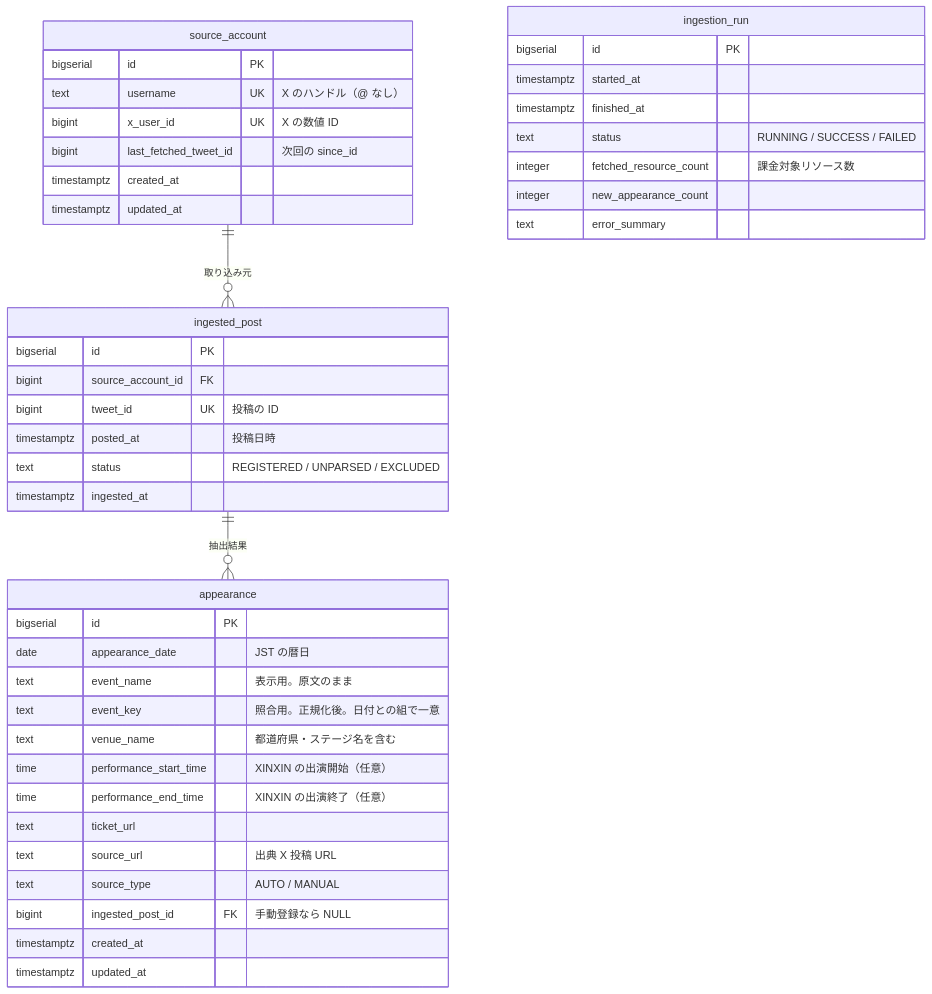
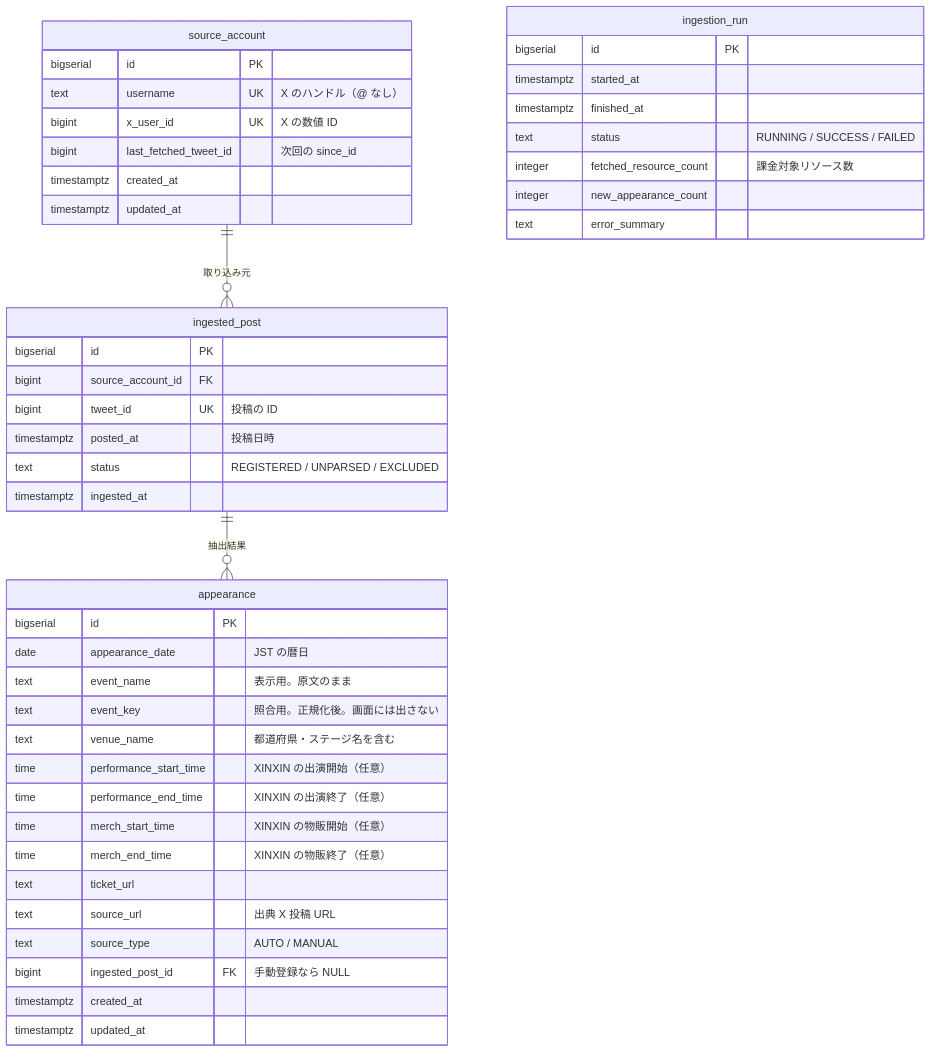
The diagram in docs/data-model.md (gitzhich/hatena-calendar), drawn with Mermaid before and after one commit. The commit also changed other lines of this file and 5 other files, not shown here.

````diff
--- a/docs/data-model.md
+++ b/docs/data-model.md
@@ -26,49 +26,51 @@
 ```mermaid
 erDiagram
     source_account ||--o{ ingested_post : "取り込み元"
     ingested_post  ||--o{ appearance     : "抽出結果"
 
     source_account {
         bigserial   id PK
         text        username UK "X のハンドル（@ なし）"
         bigint      x_user_id UK "X の数値 ID"
         bigint      last_fetched_tweet_id "次回の since_id"
         timestamptz created_at
         timestamptz updated_at
     }
 
     ingested_post {
         bigserial   id PK
         bigint      source_account_id FK
         bigint      tweet_id UK "投稿の ID"
         timestamptz posted_at "投稿日時"
         text        status "REGISTERED / UNPARSED / EXCLUDED"
         timestamptz ingested_at
     }
 
     appearance {
         bigserial   id PK
         date        appearance_date "JST の暦日"
         text        event_name "表示用。原文のまま"
-        text        event_key "照合用。正規化後。日付との組で一意"
+        text        event_key "照合用。正規化後。画面には出さない"
         text        venue_name "都道府県・ステージ名を含む"
         time        performance_start_time "XINXIN の出演開始（任意）"
         time        performance_end_time "XINXIN の出演終了（任意）"
+        time        merch_start_time "XINXIN の物販開始（任意）"
+        time        merch_end_time "XINXIN の物販終了（任意）"
         text        ticket_url
         text        source_url "出典 X 投稿 URL"
         text        source_type "AUTO / MANUAL"
         bigint      ingested_post_id FK "手動登録なら NULL"
         timestamptz created_at
         timestamptz updated_at
     }
 
     ingestion_run {
         bigserial   id PK
         timestamptz started_at
         timestamptz finished_at
         text        status "RUNNING / SUCCESS / FAILED"
         integer     fetched_resource_count "課金対象リソース数"
         integer     new_appearance_count
         text        error_summary
     }
 ```
````
